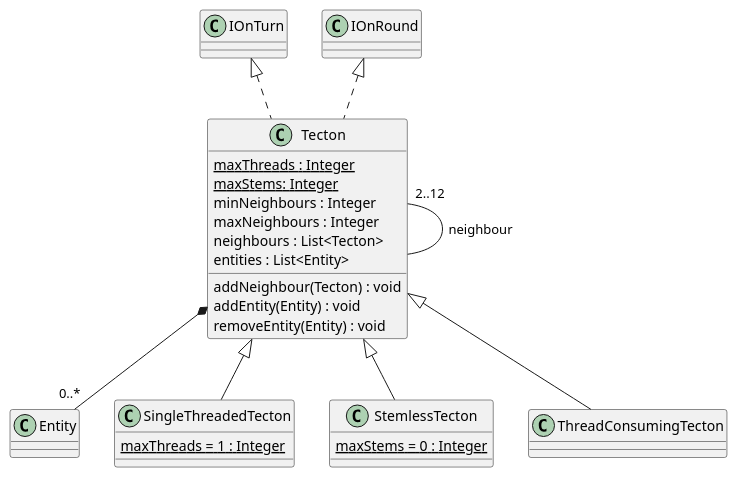
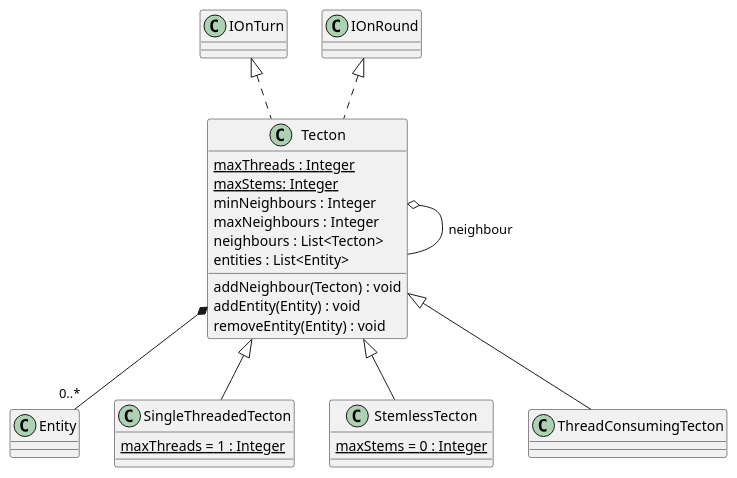
The diagram in 3/classes/tecton.puml (Petya-G/fungorium), drawn with PlantUML before and after one commit. The commit also changed 3 other files, not shown here.

```diff
--- a/3/classes/tecton.puml
+++ b/3/classes/tecton.puml
@@ -1,41 +1,41 @@
 @startuml tecton
   IOnTurn <|.. Tecton 
   IOnRound <|.. Tecton 
-  Tecton "2..12" -- Tecton : neighbour
+  Tecton  o-- Tecton : neighbour
   Tecton *-- "0..*" Entity
   class Tecton {
     {static} maxThreads : Integer
     {static} maxStems: Integer
     minNeighbours : Integer
     maxNeighbours : Integer
     neighbours : List<Tecton>
     entities : List<Entity>
 
     addNeighbour(Tecton) : void
     addEntity(Entity) : void
     removeEntity(Entity) : void
   }
 
   'Tecton *-- "0..1" MushroomStem 
   'Tecton *-- "0..*" MushroomThread
   
   'SingleThreadedTecton *-- "0..1" MushroomStem
   'SingleThreadedTecton "2" *-- "0..1" MushroomThread
   Tecton <|-- SingleThreadedTecton
   class SingleThreadedTecton {
     {static} maxThreads = 1 : Integer
   }
 
 
   'BodylessTecton "2" *-- "0..*" MushroomThread
   Tecton <|-- StemlessTecton
   class StemlessTecton {
     {static} maxStems = 0 : Integer
   }
 
   ' ThreadConsumingTecton *-- "0..1" MushroomStem
   'ThreadConsumingTecton "2" *-- "0..*" MushroomThread
   Tecton <|-- ThreadConsumingTecton
   class ThreadConsumingTecton {
   }
 @enduml
```
